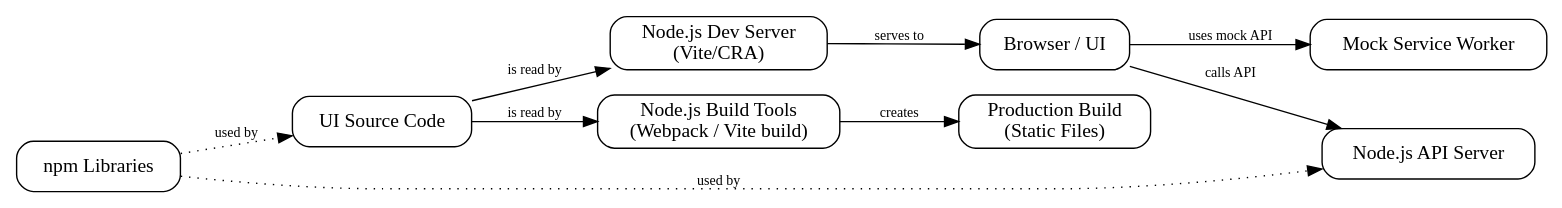
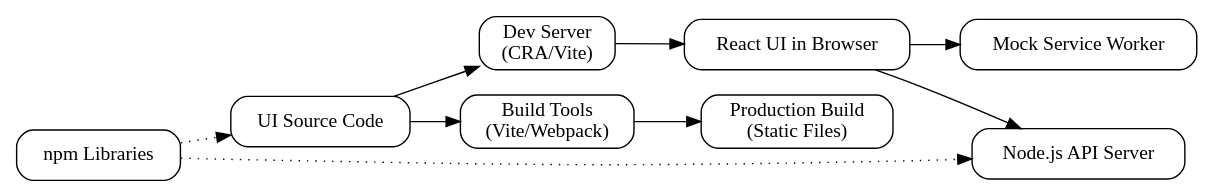
The second of 2 diagrams in WhatNodeJSDoes.qmd (akv004/ReactJSTips), drawn with Graphviz before and after one commit. The commit also changed other lines of this file, not shown here.

Commit message:
Revise "What Node.js Does" chapter to clarify its roles in React projects and enhance the development vs. production comparison

````diff
--- a/WhatNodeJSDoes.qmd
+++ b/WhatNodeJSDoes.qmd
@@ -46,37 +45,28 @@
 ```{dot}
 #| label: fig-dev-process-simplified
-#| fig-cap: "A simplified view of the web development and build process."
+#| fig-cap: "Overview of the development and deployment flow."
 
 digraph G {
-  // Graph settings
   rankdir=LR;
   node [shape=box, style=rounded];
   edge [fontsize=10];
 
-  // Nodes
   Source [label="UI Source Code"];
-  DevServer [label="Node.js Dev Server\n(Vite/CRA)"];
-  Browser [label="Browser / UI"];
+  DevServer [label="Dev Server\n(CRA/Vite)"];
+  Browser [label="React UI in Browser"];
   MSW [label="Mock Service Worker"];
-  Bundler [label="Node.js Build Tools\n(Webpack / Vite build)"];
-  ProductionBuild [label="Production Build\n(Static Files)"];
+  Bundler [label="Build Tools\n(Vite/Webpack)"];
+  Output [label="Production Build\n(Static Files)"];
   Backend [label="Node.js API Server"];
   npmLib [label="npm Libraries"];
 
-  // Development Path
-  Source -> DevServer [label=" is read by"];
-  DevServer -> Browser [label=" serves to"];
-
-  // Production Build Path
-  Source -> Bundler [label=" is read by"];
-  Bundler -> ProductionBuild [label=" creates"];
-
-  // Runtime Interactions
-  Browser -> Backend [label=" calls API"];
-  Browser -> MSW [label=" uses mock API"];
-
-  // Dependency on Libraries
-  npmLib -> Source [style=dotted, label=" used by"];
-  npmLib -> Backend [style=dotted, label=" used by"];
+  Source -> DevServer;
+  DevServer -> Browser;
+  Source -> Bundler;
+  Bundler -> Output;
+  Browser -> Backend;
+  Browser -> MSW;
+  npmLib -> Source [style=dotted];
+  npmLib -> Backend [style=dotted];
 }
 ```
````
